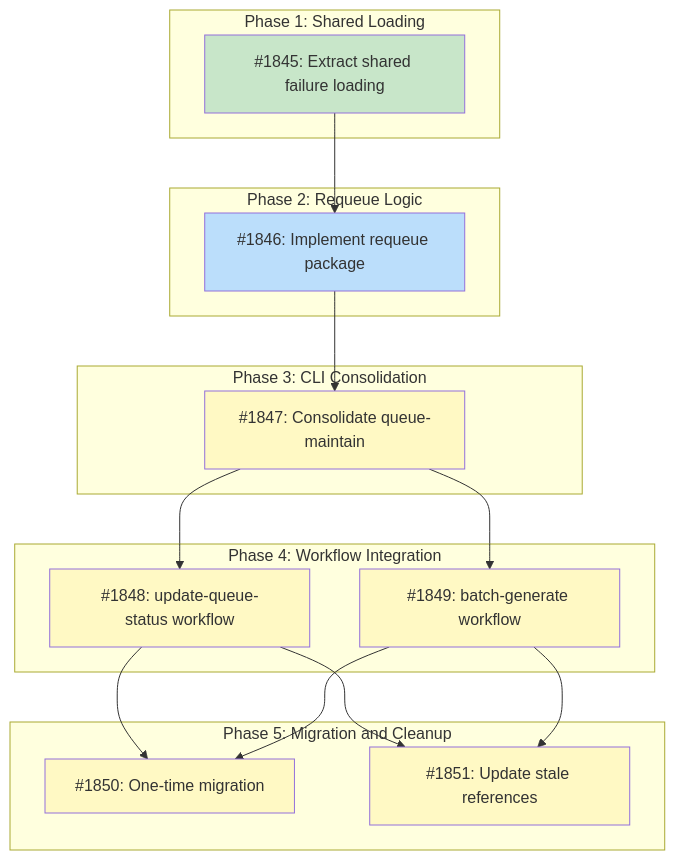
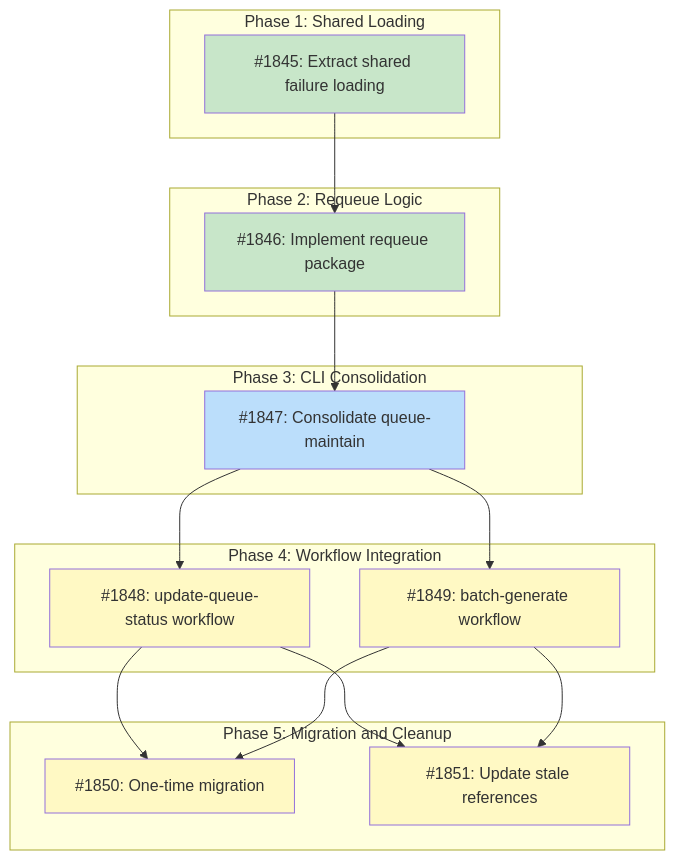
One commit to tsukumogami/tsuku changed the diagram in docs/designs/DESIGN-requeue-on-recipe-merge.md. Above: the diagram before and after it, drawn with Mermaid. The commit also changed other lines of this file, not shown here.

Commit message:
docs(design): mark #1846 complete, unblock #1847

````diff
--- a/docs/designs/DESIGN-requeue-on-recipe-merge.md
+++ b/docs/designs/DESIGN-requeue-on-recipe-merge.md
@@ -63,43 +63,44 @@
 ```mermaid
 graph TD
     subgraph Phase1["Phase 1: Shared Loading"]
         I1845["#1845: Extract shared failure loading"]
     end
 
     subgraph Phase2["Phase 2: Requeue Logic"]
         I1846["#1846: Implement requeue package"]
     end
 
     subgraph Phase3["Phase 3: CLI Consolidation"]
         I1847["#1847: Consolidate queue-maintain"]
     end
 
     subgraph Phase4["Phase 4: Workflow Integration"]
         I1848["#1848: update-queue-status workflow"]
         I1849["#1849: batch-generate workflow"]
     end
 
     subgraph Phase5["Phase 5: Migration and Cleanup"]
         I1850["#1850: One-time migration"]
         I1851["#1851: Update stale references"]
     end
 
     I1845 --> I1846
     I1846 --> I1847
     I1847 --> I1848
     I1847 --> I1849
     I1848 --> I1850
     I1849 --> I1850
     I1848 --> I1851
     I1849 --> I1851
 
     classDef done fill:#c8e6c9
     classDef ready fill:#bbdefb
     classDef blocked fill:#fff9c4
     classDef needsDesign fill:#e1bee7
     classDef tracksDesign fill:#FFE0B2,stroke:#F57C00,color:#000
 
     class I1845 done
-    class I1846 ready
-    class I1847,I1848,I1849,I1850,I1851 blocked
+    class I1846 done
+    class I1847 ready
+    class I1848,I1849,I1850,I1851 blocked
 ```
````
